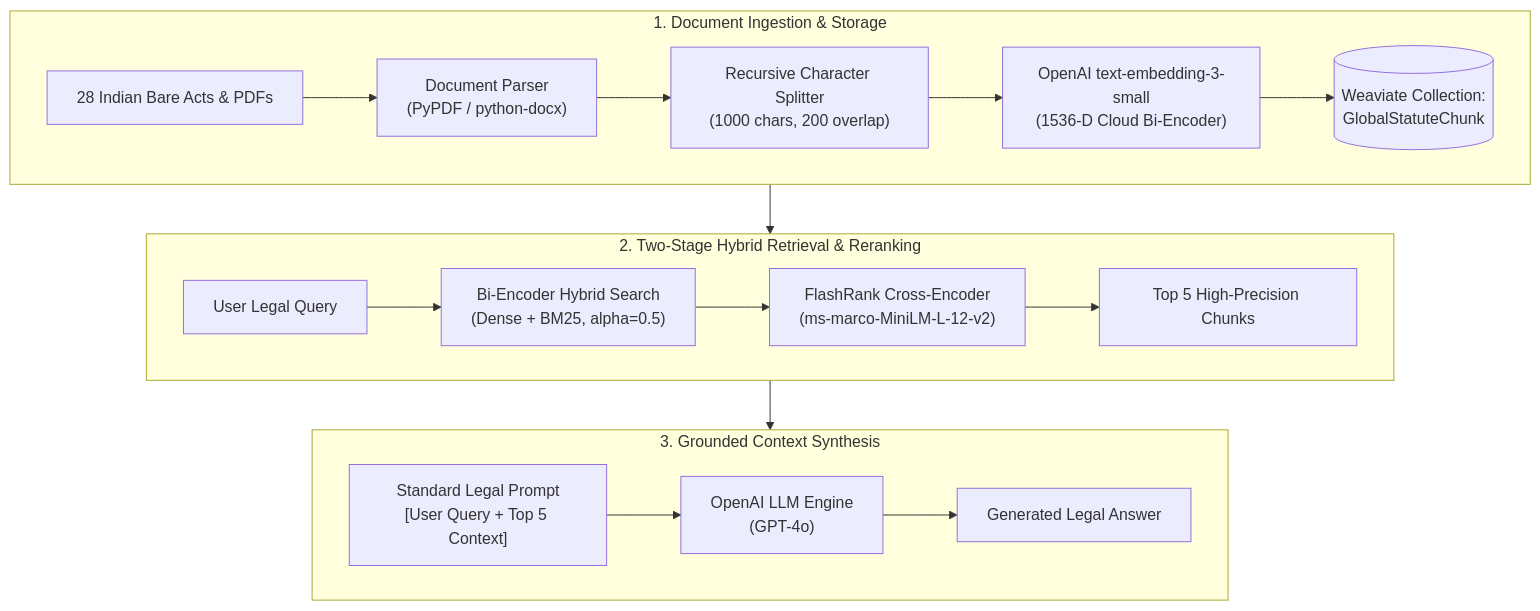
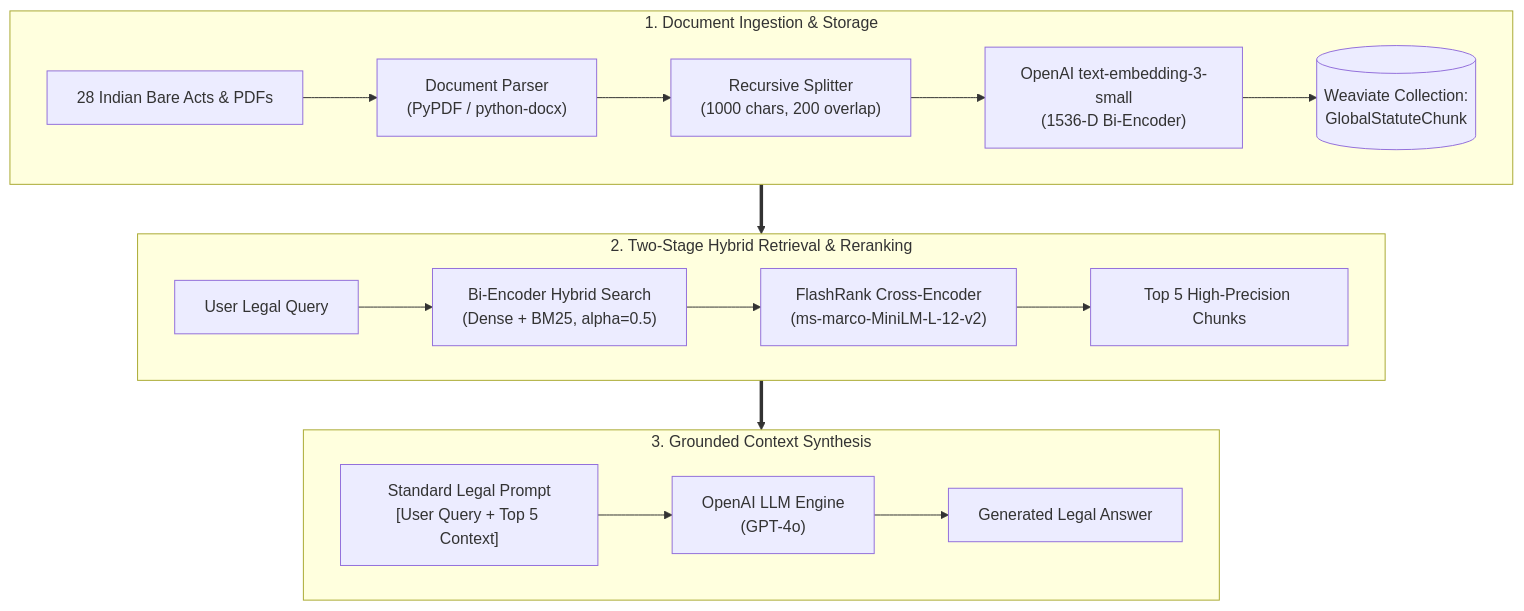
One commit to JaywardhanYadav/LegalDrishti-AI changed the first of 2 diagrams in README.md. Above: the diagram before and after it, drawn with Mermaid.

Commit message:
docs: streamline Version 1 diagram with 3 vertically stacked rectangular stages and left-to-right internal nodes

````diff
--- a/README.md
+++ b/README.md
@@ -34,26 +34,20 @@
 ```mermaid
 flowchart TD
     subgraph INGEST_V1["1. Document Ingestion & Storage"]
         direction LR
-        DOCS_V1["28 Indian Bare Acts & PDFs"] --> PARSER_V1["Document Parser\n(PyPDF / python-docx)"]
-        PARSER_V1 --> CHUNK_V1["Recursive Character Splitter\n(1000 chars, 200 overlap)"]
-        CHUNK_V1 --> EMBED_V1["OpenAI text-embedding-3-small\n(1536-D Cloud Bi-Encoder)"]
-        EMBED_V1 --> WEAVIATE_V1[("Weaviate Collection:\nGlobalStatuteChunk")]
+        DOCS_V1["28 Indian Bare Acts & PDFs"] --> PARSER_V1["Document Parser\n(PyPDF / python-docx)"] --> CHUNK_V1["Recursive Splitter\n(1000 chars, 200 overlap)"] --> EMBED_V1["OpenAI text-embedding-3-small\n(1536-D Bi-Encoder)"] --> WEAVIATE_V1[("Weaviate Collection:\nGlobalStatuteChunk")]
     end
 
     subgraph RETRIEVE_V1["2. Two-Stage Hybrid Retrieval & Reranking"]
         direction LR
-        Q_V1["User Legal Query"] --> HYBRID_V1["Bi-Encoder Hybrid Search\n(Dense + BM25, alpha=0.5)"]
-        HYBRID_V1 --> RERANK_V1["FlashRank Cross-Encoder\n(ms-marco-MiniLM-L-12-v2)"]
-        RERANK_V1 --> TOP5_V1["Top 5 High-Precision Chunks"]
+        Q_V1["User Legal Query"] --> HYBRID_V1["Bi-Encoder Hybrid Search\n(Dense + BM25, alpha=0.5)"] --> RERANK_V1["FlashRank Cross-Encoder\n(ms-marco-MiniLM-L-12-v2)"] --> TOP5_V1["Top 5 High-Precision Chunks"]
     end
 
     subgraph GEN_V1["3. Grounded Context Synthesis"]
         direction LR
-        PROMPT_V1["Standard Legal Prompt\n[User Query + Top 5 Context]"] --> LLM_V1["OpenAI LLM Engine\n(GPT-4o)"]
-        LLM_V1 --> ANS_V1["Generated Legal Answer"]
+        PROMPT_V1["Standard Legal Prompt\n[User Query + Top 5 Context]"] --> LLM_V1["OpenAI LLM Engine\n(GPT-4o)"] --> ANS_V1["Generated Legal Answer"]
     end
 
-    WEAVIATE_V1 --> HYBRID_V1
-    TOP5_V1 --> PROMPT_V1
+    INGEST_V1 ==> RETRIEVE_V1
+    RETRIEVE_V1 ==> GEN_V1
 ```
````
